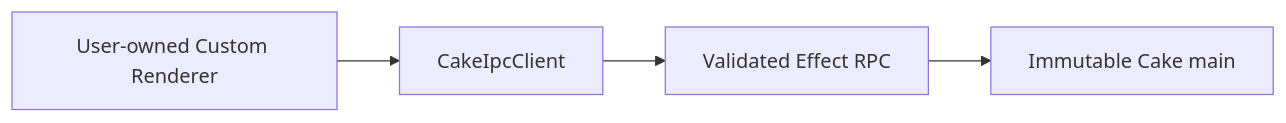
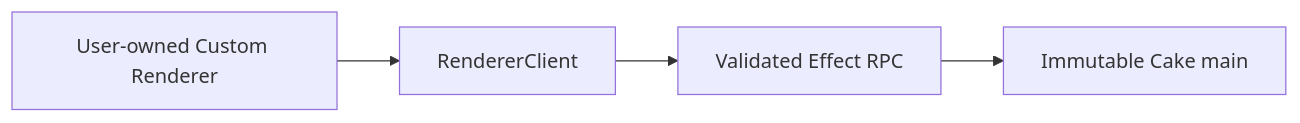
Before and after one commit to melnikov-s/cake: the diagram in docs/architecture/cake-custom-renderer.md, drawn with Mermaid. The commit also changed other lines of this file and 84 other files, not shown here.

````diff
--- a/docs/architecture/cake-custom-renderer.md
+++ b/docs/architecture/cake-custom-renderer.md
@@ -52,11 +52,11 @@
 ```mermaid
 flowchart LR
   Custom[User-owned Custom Renderer]
-  Client[CakeIpcClient]
+  Client[RendererClient]
   Protocol[Validated Effect RPC]
   Main[Immutable Cake main]
 
   Custom --> Client
   Client --> Protocol
   Protocol --> Main
 ```
````
